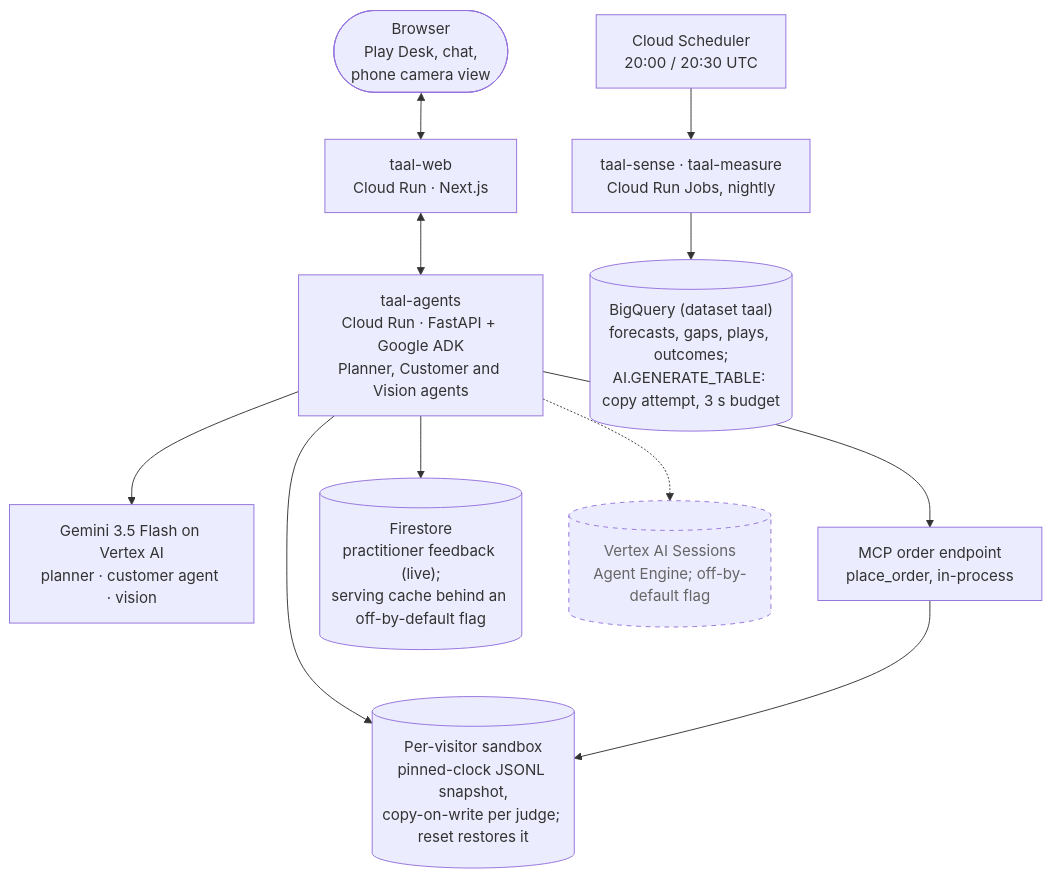
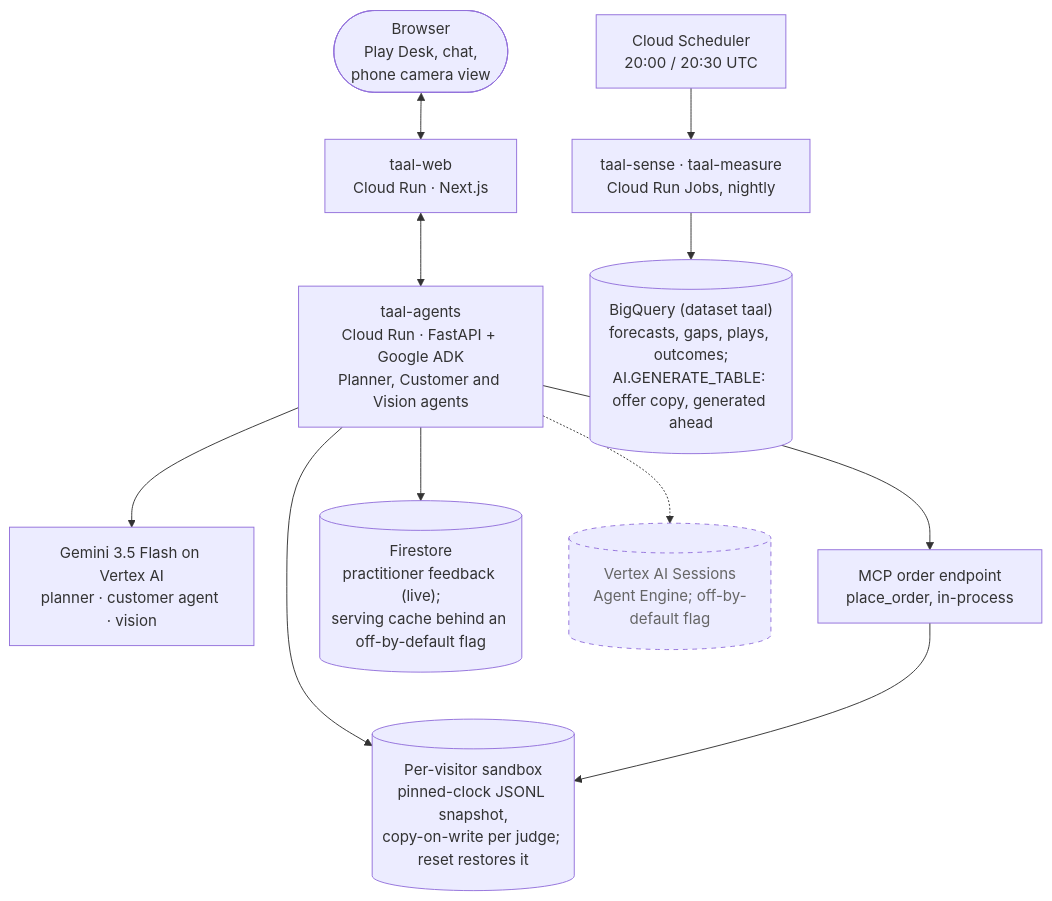
One commit to Nandish3010/probable-fortnight changed the diagram in docs/architecture.md. Above: the diagram before and after it, drawn with Mermaid. The commit also changed other lines of this file and 6 other files, not shown here.

Commit message:
Docs: describe offer copy as pre-generated BigQuery copy with templates as the fallback

````diff
--- a/docs/architecture.md
+++ b/docs/architecture.md
@@ -8,26 +8,26 @@
 ```mermaid
 flowchart TB
   Browser(["Browser<br/>Play Desk, chat,<br/>phone camera view"])
   Web["taal-web<br/>Cloud Run · Next.js"]
   Agents["taal-agents<br/>Cloud Run · FastAPI + Google ADK<br/>Planner, Customer and Vision agents"]
   Gemini["Gemini 3.5 Flash on Vertex AI<br/>planner · customer agent · vision"]
   MCP["MCP order endpoint<br/>place_order, in-process"]
   Sandbox[("Per-visitor sandbox<br/>pinned-clock JSONL snapshot,<br/>copy-on-write per judge; reset restores it")]
   Firestore[("Firestore<br/>practitioner feedback (live);<br/>serving cache behind an off-by-default flag")]
   Sessions[("Vertex AI Sessions<br/>Agent Engine; off-by-default flag")]
   Sched["Cloud Scheduler<br/>20:00 / 20:30 UTC"]
   Jobs["taal-sense · taal-measure<br/>Cloud Run Jobs, nightly"]
-  BQ[("BigQuery (dataset taal)<br/>forecasts, gaps, plays, outcomes;<br/>AI.GENERATE_TABLE: copy attempt, 3 s budget")]
+  BQ[("BigQuery (dataset taal)<br/>forecasts, gaps, plays, outcomes;<br/>AI.GENERATE_TABLE: offer copy, generated ahead")]
 
   Browser <--> Web
   Web <--> Agents
   Agents --> Gemini
   Agents --> Sandbox
   Agents --> MCP --> Sandbox
   Agents --> Firestore
   Agents -.-> Sessions
   Sched --> Jobs --> BQ
 
   classDef off stroke-dasharray: 5 5,color:#666
   class Sessions off
 ```
````
